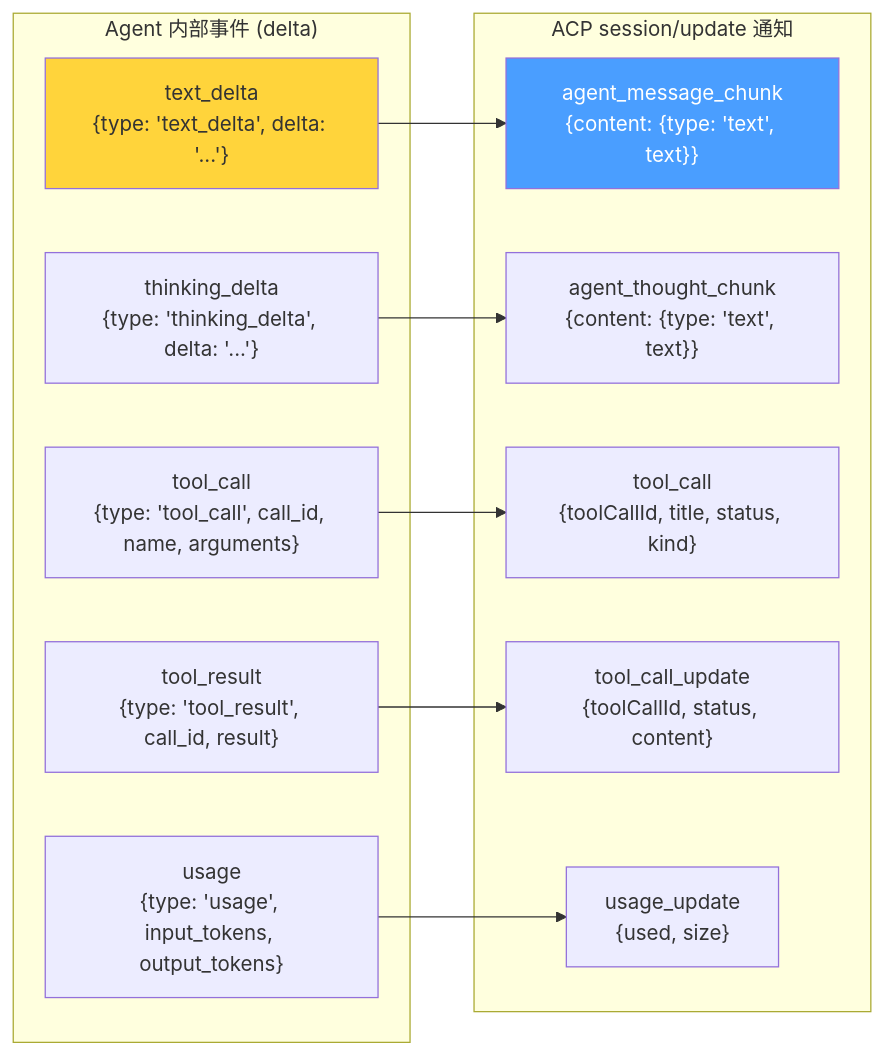
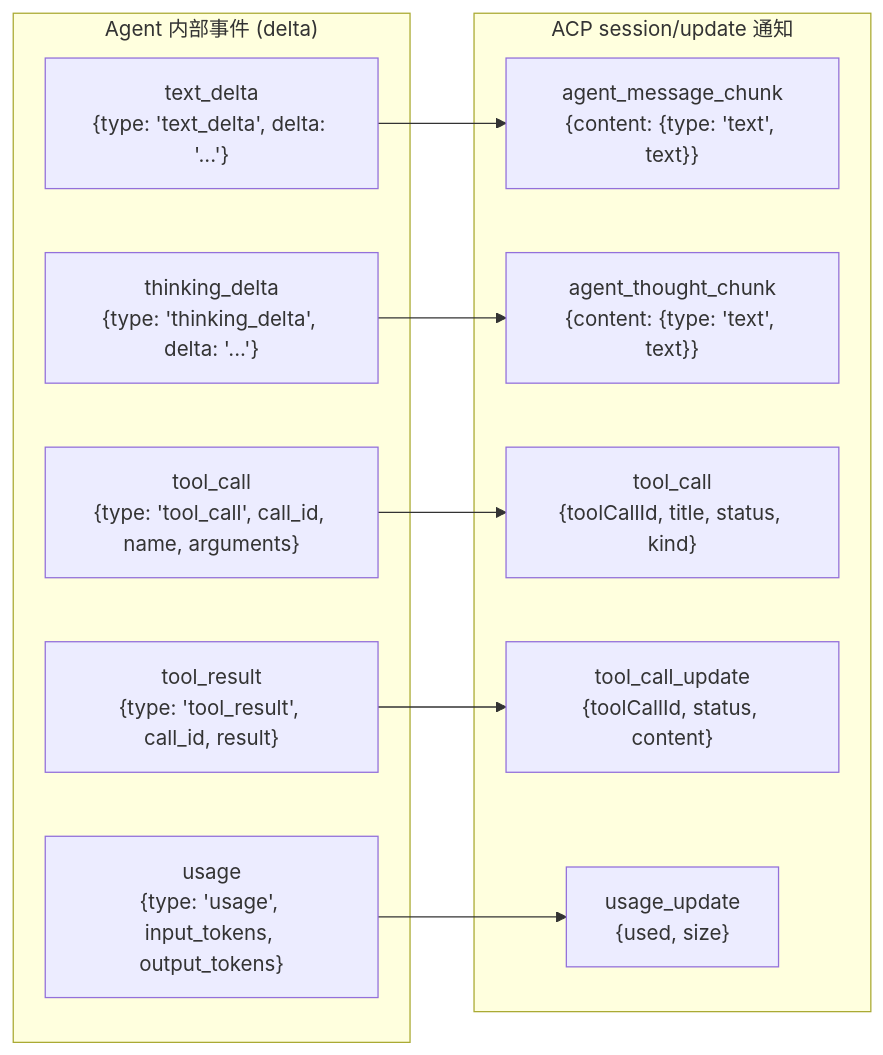
The eighth of 11 diagrams in docs/architecture/acp.md (shiwenwen/hope-agent), drawn with Mermaid before and after one commit. The commit also changed other lines of this file and 13 other files, not shown here.

First line of the commit message:
docs: 移除 mermaid 图表中的自定义背景色填充

````diff
--- a/docs/architecture/acp.md
+++ b/docs/architecture/acp.md
@@ -366,27 +355,25 @@
 ```mermaid
 graph LR
     subgraph "Agent 内部事件 (delta)"
         TD["text_delta<br/>{type: 'text_delta', delta: '...'}"]
         TK["thinking_delta<br/>{type: 'thinking_delta', delta: '...'}"]
         TC["tool_call<br/>{type: 'tool_call', call_id, name, arguments}"]
         TR["tool_result<br/>{type: 'tool_result', call_id, result}"]
         US["usage<br/>{type: 'usage', input_tokens, output_tokens}"]
     end
 
     subgraph "ACP session/update 通知"
         AMC["agent_message_chunk<br/>{content: {type: 'text', text}}"]
         ATC["agent_thought_chunk<br/>{content: {type: 'text', text}}"]
         TCN["tool_call<br/>{toolCallId, title, status, kind}"]
         TCU["tool_call_update<br/>{toolCallId, status, content}"]
         UU["usage_update<br/>{used, size}"]
     end
 
     TD --> AMC
     TK --> ATC
     TC --> TCN
     TR --> TCU
     US --> UU
 
-    style TD fill:#ffd43b,color:#333
-    style AMC fill:#4a9eff,color:#fff
 ```
````
